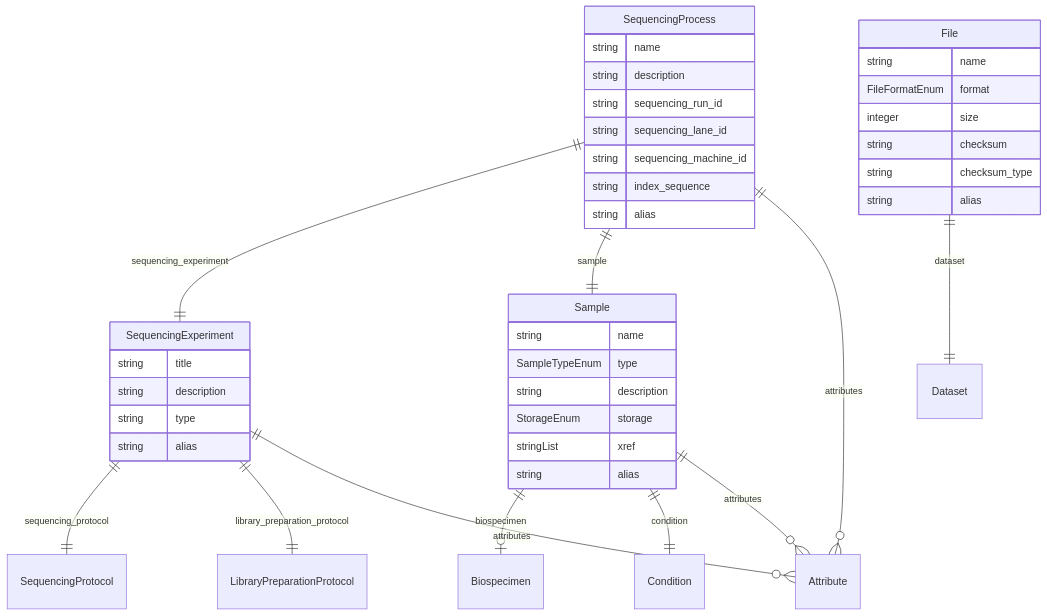
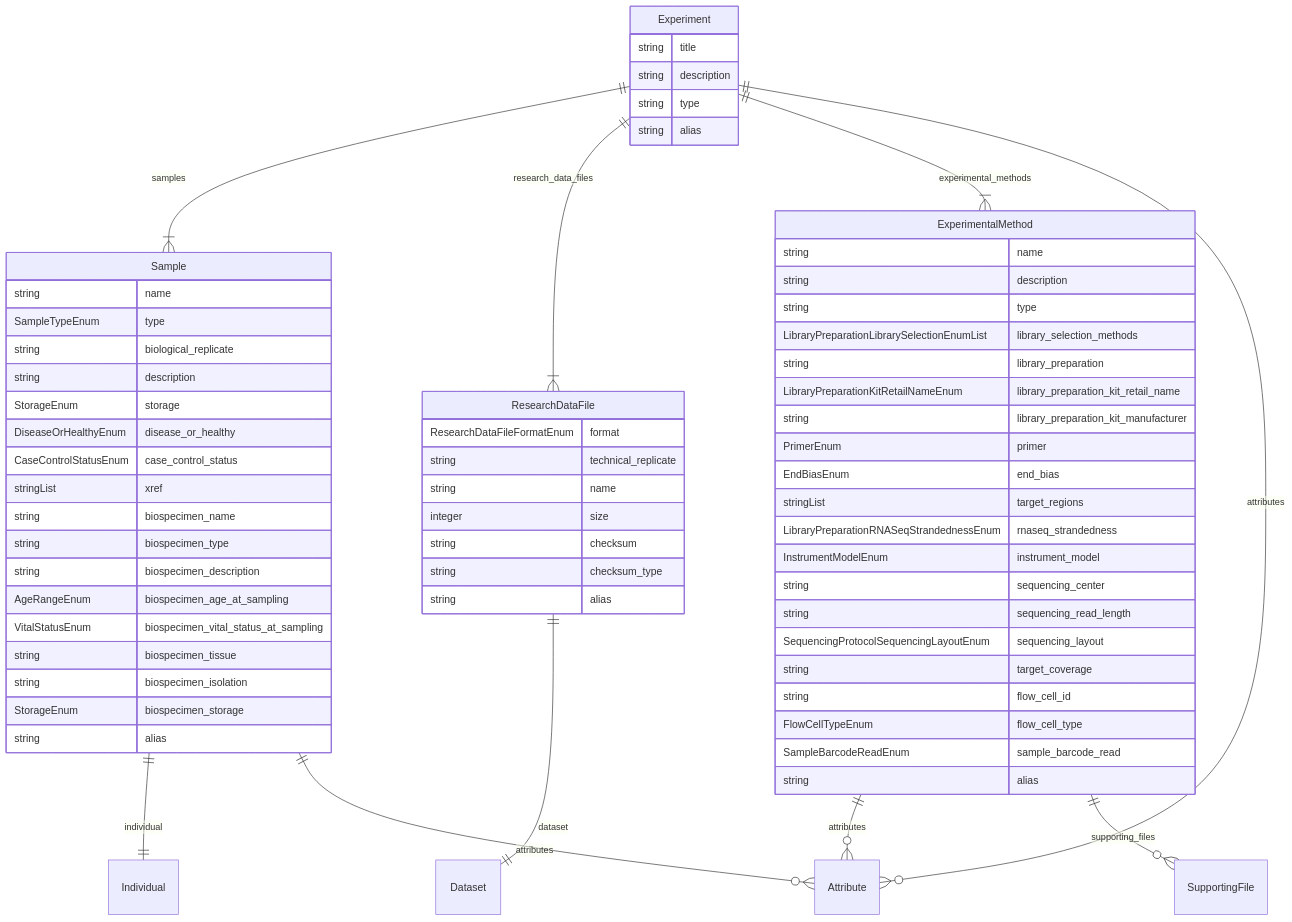
The fifth of 5 diagrams in docs/entity_relations.md (ghga-de/ghga-metadata-schema), drawn with Mermaid before and after one commit. The commit also changed other lines of this file and 288 other files, not shown here.

````diff
--- a/docs/entity_relations.md
+++ b/docs/entity_relations.md
@@ -267,46 +196,70 @@
 ```mermaid
 erDiagram
-SequencingProcess {
+ExperimentalMethod {
     string name  
     string description  
-    string sequencing_run_id  
-    string sequencing_lane_id  
-    string sequencing_machine_id  
-    string index_sequence  
+    string type  
+    LibraryPreparationLibrarySelectionEnumList library_selection_methods  
+    string library_preparation  
+    LibraryPreparationKitRetailNameEnum library_preparation_kit_retail_name  
+    string library_preparation_kit_manufacturer  
+    PrimerEnum primer  
+    EndBiasEnum end_bias  
+    stringList target_regions  
+    LibraryPreparationRNASeqStrandednessEnum rnaseq_strandedness  
+    InstrumentModelEnum instrument_model  
+    string sequencing_center  
+    string sequencing_read_length  
+    SequencingProtocolSequencingLayoutEnum sequencing_layout  
+    string target_coverage  
+    string flow_cell_id  
+    FlowCellTypeEnum flow_cell_type  
+    SampleBarcodeReadEnum sample_barcode_read  
     string alias  
 }
-File {
+ResearchDataFile {
+    ResearchDataFileFormatEnum format  
+    string technical_replicate  
     string name  
-    FileFormatEnum format  
     integer size  
     string checksum  
     string checksum_type  
     string alias  
 }
 Sample {
     string name  
     SampleTypeEnum type  
+    string biological_replicate  
     string description  
     StorageEnum storage  
+    DiseaseOrHealthyEnum disease_or_healthy  
+    CaseControlStatusEnum case_control_status  
     stringList xref  
+    string biospecimen_name  
+    string biospecimen_type  
+    string biospecimen_description  
+    AgeRangeEnum biospecimen_age_at_sampling  
+    VitalStatusEnum biospecimen_vital_status_at_sampling  
+    string biospecimen_tissue  
+    string biospecimen_isolation  
+    StorageEnum biospecimen_storage  
     string alias  
 }
-SequencingExperiment {
+Experiment {
     string title  
     string description  
     string type  
     string alias  
 }
 
-SequencingProcess ||--|| SequencingExperiment : "sequencing_experiment"
-SequencingProcess ||--|| Sample : "sample"
-SequencingProcess ||--}o Attribute : "attributes"
-File ||--|| Dataset : "dataset"
-Sample ||--|o Biospecimen : "biospecimen"
-Sample ||--|| Condition : "condition"
+ExperimentalMethod ||--}o Attribute : "attributes"
+ExperimentalMethod ||--}o SupportingFile : "supporting_files"
+ResearchDataFile ||--|| Dataset : "dataset"
+Sample ||--|| Individual : "individual"
 Sample ||--}o Attribute : "attributes"
-SequencingExperiment ||--|| SequencingProtocol : "sequencing_protocol"
-SequencingExperiment ||--|| LibraryPreparationProtocol : "library_preparation_protocol"
-SequencingExperiment ||--}o Attribute : "attributes"
+Experiment ||--}| Sample : "samples"
+Experiment ||--}| ResearchDataFile : "research_data_files"
+Experiment ||--}| ExperimentalMethod : "experimental_methods"
+Experiment ||--}o Attribute : "attributes"
 
 ```
````
